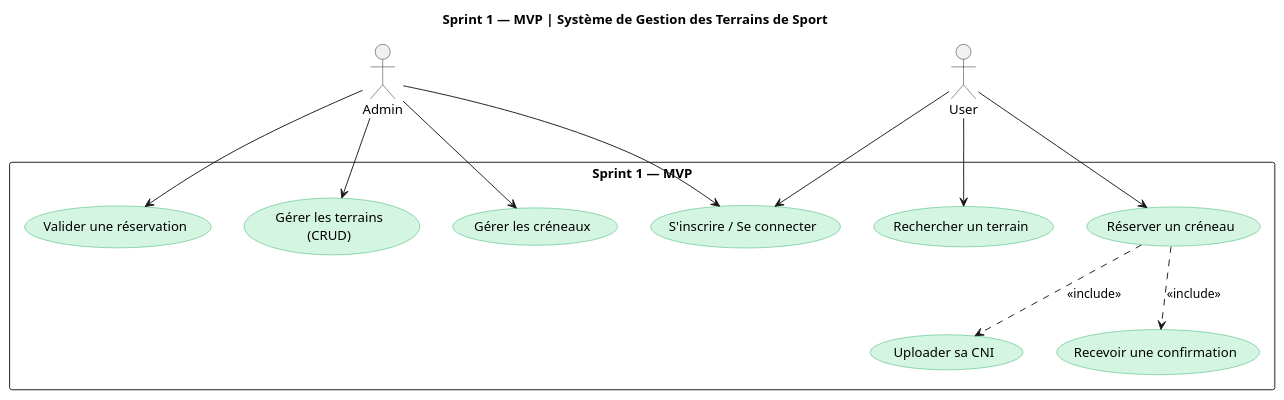
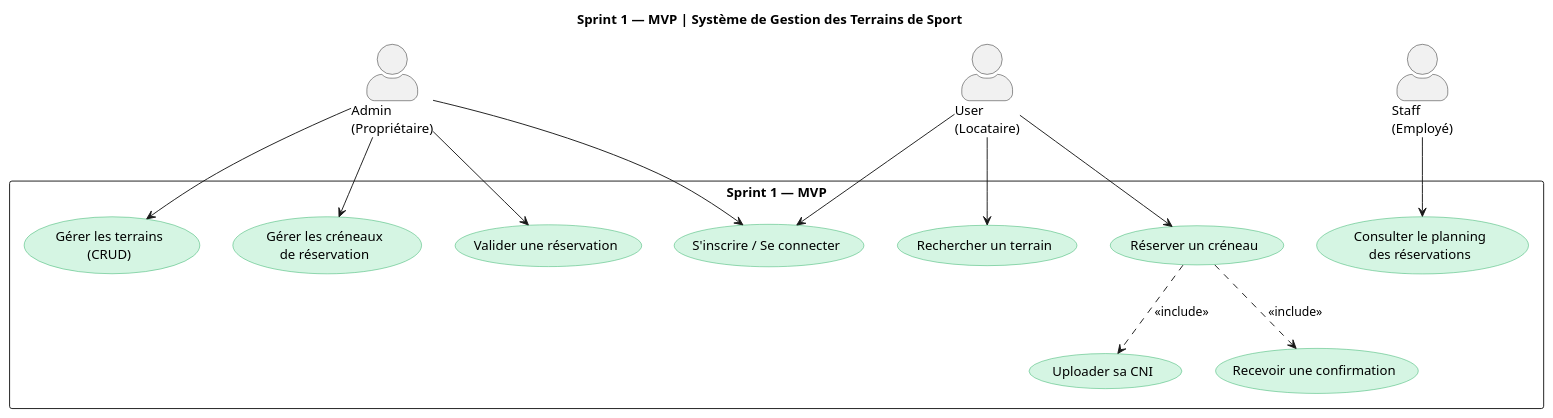
The diagram in Analyse/cas_utilisation/cas_utilisation_sprints/Sprint1 mvp.puml (Adnane-x87/Project-Final), drawn with PlantUML before and after one commit. The commit also changed 7 other files, not shown here.

```diff
--- a/Analyse/cas_utilisation/cas_utilisation_sprints/Sprint1 mvp.puml
+++ b/Analyse/cas_utilisation/cas_utilisation_sprints/Sprint1 mvp.puml
@@ -1,34 +1,39 @@
 @startuml
 title Sprint 1 — MVP | Système de Gestion des Terrains de Sport
 
 skinparam packageStyle rectangle
+skinparam actorStyle awesome
 skinparam usecase {
     BackgroundColor #D5F5E3
     BorderColor #27AE60
 }
 
-actor "Admin" as Admin
-actor "User" as User
+actor "Admin\n(Propriétaire)" as Admin
+actor "User\n(Locataire)" as User
+actor "Staff\n(Employé)" as Staff
 
 rectangle "Sprint 1 — MVP" {
     usecase "S'inscrire / Se connecter" as UC1
     usecase "Gérer les terrains\n(CRUD)" as UC2
-    usecase "Gérer les créneaux" as UC3
+    usecase "Gérer les créneaux\nde réservation" as UC3
     usecase "Valider une réservation" as UC4
     usecase "Rechercher un terrain" as UC5
     usecase "Réserver un créneau" as UC6
     usecase "Uploader sa CNI" as UC7
     usecase "Recevoir une confirmation" as UC8
+    usecase "Consulter le planning\ndes réservations" as UC9
 }
 
 Admin --> UC1
 Admin --> UC2
 Admin --> UC3
 Admin --> UC4
 
 User --> UC1
 User --> UC5
 User --> UC6
 UC6 ..> UC7 : <<include>>
 UC6 ..> UC8 : <<include>>
+
+Staff --> UC9
 @enduml
```
